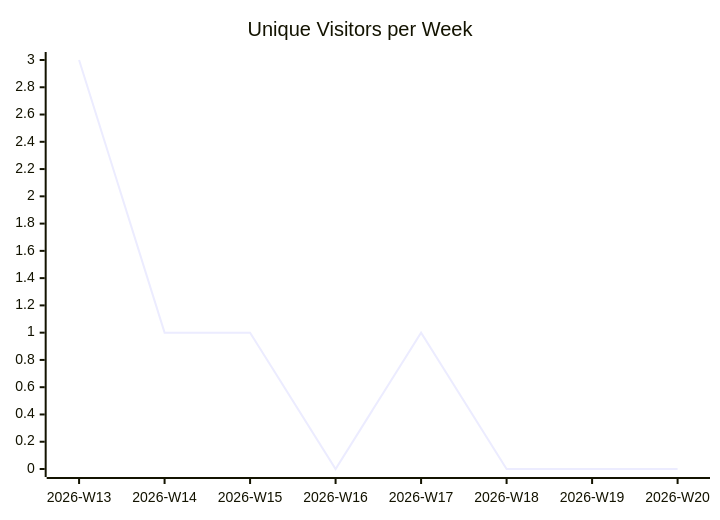
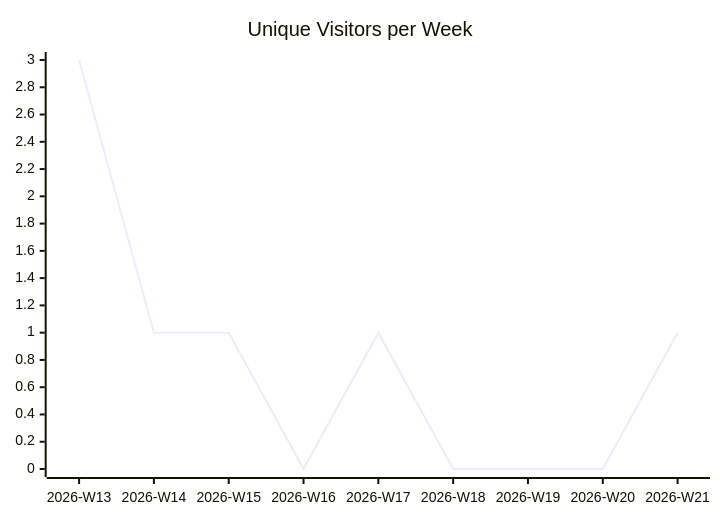
Before and after one commit to justdavis-family/github-analytics-data: the first of 3 diagrams in karlmdavis/rps-tourney/README.md, drawn with Mermaid. The commit also changed other lines of this file and 189 other files, not shown here.

````diff
--- a/karlmdavis/rps-tourney/README.md
+++ b/karlmdavis/rps-tourney/README.md
@@ -5,6 +5,6 @@
 ```mermaid
 xychart-beta
   title "Unique Visitors per Week"
-  x-axis ["2026-W13", "2026-W14", "2026-W15", "2026-W16", "2026-W17", "2026-W18", "2026-W19", "2026-W20"]
-  line [3, 1, 1, 0, 1, 0, 0, 0]
+  x-axis ["2026-W13", "2026-W14", "2026-W15", "2026-W16", "2026-W17", "2026-W18", "2026-W19", "2026-W20", "2026-W21"]
+  line [3, 1, 1, 0, 1, 0, 0, 0, 1]
 ```
````
